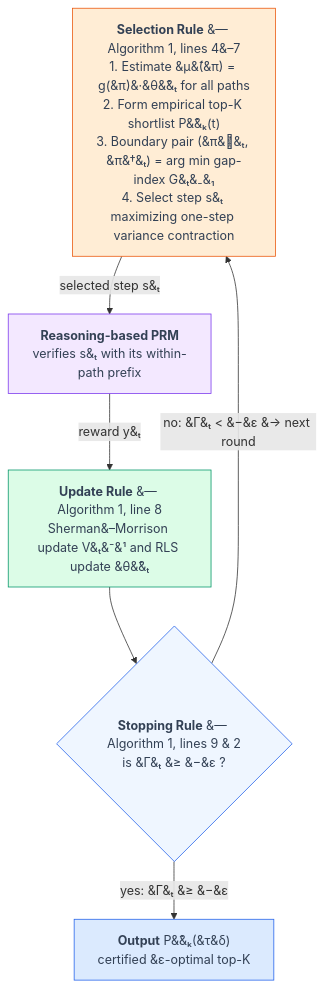
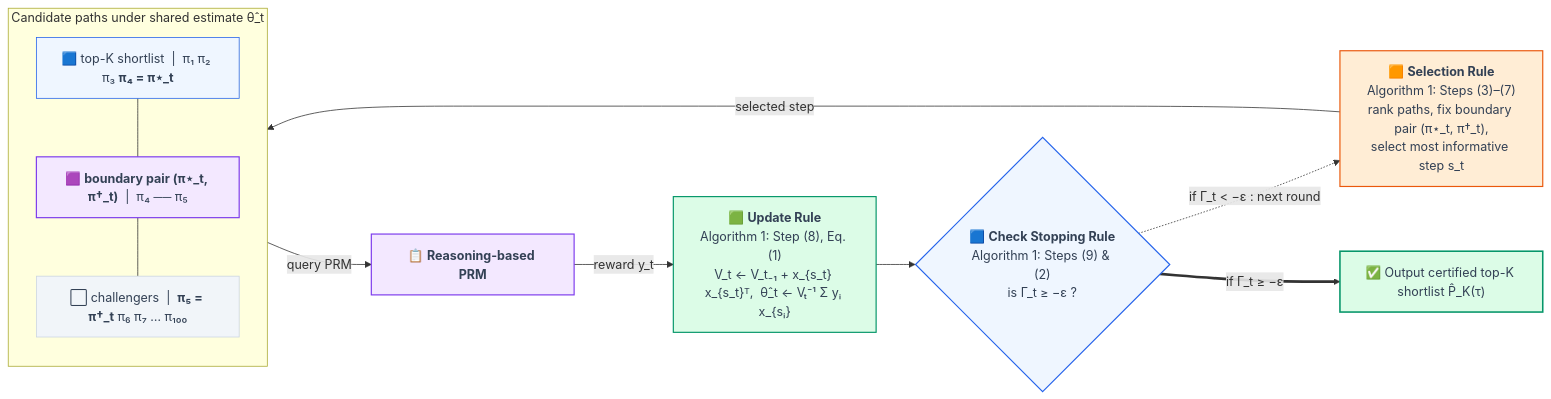
The second of 2 diagrams in README.md (mohsen1amiri/GICA), drawn with Mermaid before and after one commit. The commit also changed other lines of this file, not shown here.

First line of the commit message:
Enhance README with workflow details and diagrams

````diff
--- a/README.md
+++ b/README.md
@@ -266,29 +268,41 @@
 ```mermaid
-flowchart TB
-    SEL["<b>Selection Rule</b> &#8212; Algorithm 1, lines 4&#8211;7<br/>1. Estimate &#956;&#770;(&#960;) = g(&#960;)&#183;&#952;&#770;&#8348; for all paths<br/>2. Form empirical top-K shortlist P&#770;&#8342;(t)<br/>3. Boundary pair (&#960;&#8407;&#8348;, &#960;&#8224;&#8348;) = arg min gap-index G&#8348;&#8331;&#8321;<br/>4. Select step s&#8348; maximizing one-step variance contraction"]
+flowchart LR
+    SEL["🟧 <b>Selection Rule</b><br/>Algorithm 1: Steps (3)–(7)<br/>rank paths, fix boundary pair (π⋆_t, π†_t),<br/>select most informative step s_t"]
 
-    PRM["<b>Reasoning-based PRM</b><br/>verifies s&#8348; with its within-path prefix"]
+    subgraph GRID ["Candidate paths under shared estimate θ̂_t"]
+        direction TB
+        TOP["🟦 top-K shortlist&nbsp;&nbsp;|&nbsp;&nbsp;π₁ π₂ π₃ <b>π₄ = π⋆_t</b>"]
+        BND["🟪 <b>boundary pair (π⋆_t, π†_t)</b>&nbsp;&nbsp;|&nbsp;&nbsp;π₄ ── π₅"]
+        CHAL["⬜ challengers&nbsp;&nbsp;|&nbsp;&nbsp;<b>π₅ = π†_t</b> π₆ π₇ … π₁₀₀"]
+        TOP --- BND --- CHAL
+    end
 
-    UPD["<b>Update Rule</b> &#8212; Algorithm 1, line 8<br/>Sherman&#8211;Morrison update V&#8348;&#8315;&#185; and RLS update &#952;&#770;&#8348;"]
+    PRM["📋 <b>Reasoning-based PRM</b>"]
+    UPD["🟩 <b>Update Rule</b><br/>Algorithm 1: Step (8), Eq. (1)<br/>V_t ← V_t₋₁ + x_{s_t} x_{s_t}ᵀ,&nbsp; θ̂_t ← Vₜ⁻¹ Σ yᵢ x_{sᵢ}"]
+    CHK{"🟦 <b>Check Stopping Rule</b><br/>Algorithm 1: Steps (9) & (2)<br/>is Γ_t ≥ −ε ?"}
 
-    CHK{"<b>Stopping Rule</b> &#8212; Algorithm 1, lines 9 &amp; 2<br/>is &#915;&#8348; &#8805; &#8722;&#949; ?"}
+    SEL -- "selected step" --> BND
+    BND -- "query PRM" --> PRM
+    PRM -- "reward y_t" --> UPD
+    UPD --> CHK
+    CHK -. "if Γ_t < −ε : next round" .-> SEL
+    CHK == "if Γ_t ≥ −ε" ==> OUT["✅ Output certified top-K shortlist P̂_K(τ)"]
 
-    DONE["<b>Output</b> P&#770;&#8342;(&#964;&#948;)<br/>certified &#949;-optimal top-K"]
+    classDef selCls   fill:#FFEDD5,stroke:#EA580C,stroke-width:1.5px,color:#334155;
+    classDef prmCls   fill:#F3E8FF,stroke:#7C3AED,stroke-width:1.5px,color:#334155;
+    classDef updCls   fill:#DCFCE7,stroke:#059669,stroke-width:1.5px,color:#334155;
+    classDef chkCls   fill:#EFF6FF,stroke:#2563EB,stroke-width:1.5px,color:#334155;
+    classDef topCls   fill:#EFF6FF,stroke:#2563EB,stroke-width:1px,color:#334155;
+    classDef bndCls   fill:#F3E8FF,stroke:#7C3AED,stroke-width:1.5px,color:#334155;
+    classDef chalCls  fill:#F1F5F9,stroke:#CBD5E1,stroke-width:1px,color:#334155;
+    classDef outCls   fill:#DCFCE7,stroke:#059669,stroke-width:2px,color:#334155;
 
-    SEL -- "selected step s&#8348;" --> PRM
-    PRM -- "reward y&#8348;" --> UPD
-    UPD --> CHK
-    CHK -- "no: &#915;&#8348; &lt; &#8722;&#949; &#8594; next round" --> SEL
-    CHK -- "yes: &#915;&#8348; &#8805; &#8722;&#949;" --> DONE
-
-    classDef sel fill:#FFEDD5,stroke:#EA580C,color:#334155;
-    classDef prm fill:#F3E8FF,stroke:#7C3AED,color:#334155;
-    classDef upd fill:#DCFCE7,stroke:#059669,color:#334155;
-    classDef chk fill:#EFF6FF,stroke:#2563EB,color:#334155;
-    classDef done fill:#DBEAFE,stroke:#2563EB,color:#334155;
-    class SEL sel;
-    class PRM prm;
-    class UPD upd;
-    class CHK chk;
-    class DONE done;
+    class SEL selCls;
+    class PRM prmCls;
+    class UPD updCls;
+    class CHK chkCls;
+    class TOP topCls;
+    class BND bndCls;
+    class CHAL chalCls;
+    class OUT outCls;
 ```
````
